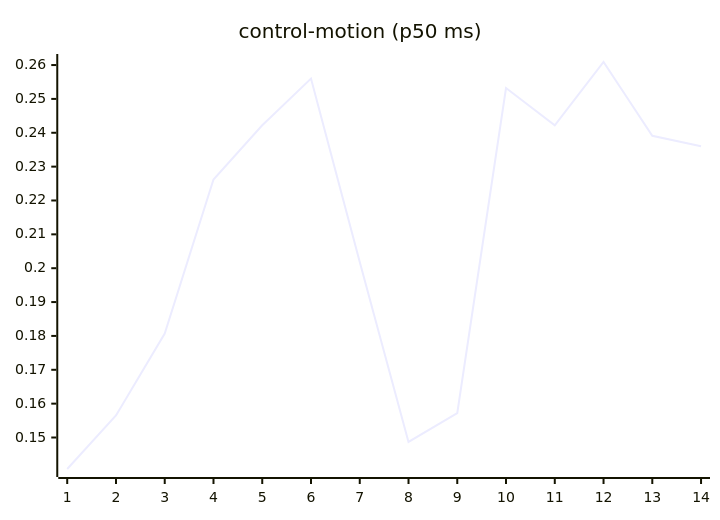
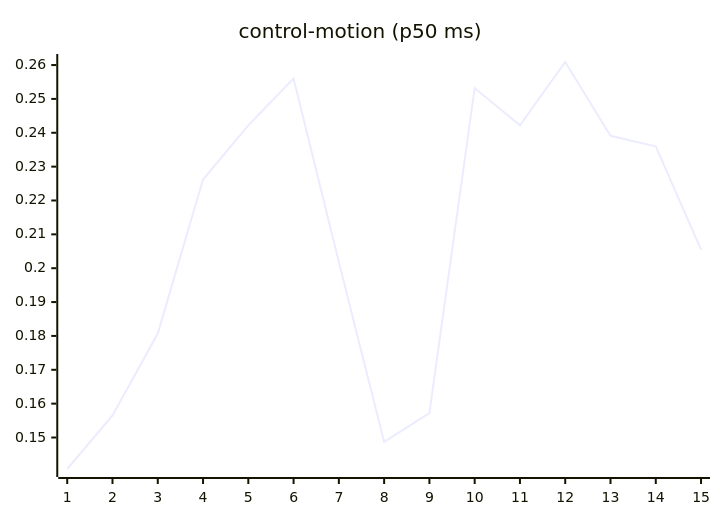
The seventh of 27 diagrams in README.md (josha/Facet), drawn with Mermaid before and after one commit. The commit also changed other lines of this file and 2 other files, not shown here.

````diff
--- a/README.md
+++ b/README.md
@@ -105,6 +105,6 @@
 ```mermaid
 xychart-beta
     title "control-motion (p50 ms)"
-    x-axis 1 --> 14
-    line [0.1407, 0.1565, 0.1807, 0.2262, 0.2422, 0.2560, 0.2018, 0.1487, 0.1572, 0.2532, 0.2422, 0.2609, 0.2391, 0.2360]
+    x-axis 1 --> 15
+    line [0.1407, 0.1565, 0.1807, 0.2262, 0.2422, 0.2560, 0.2018, 0.1487, 0.1572, 0.2532, 0.2422, 0.2609, 0.2391, 0.2360, 0.2055]
 ```
````
